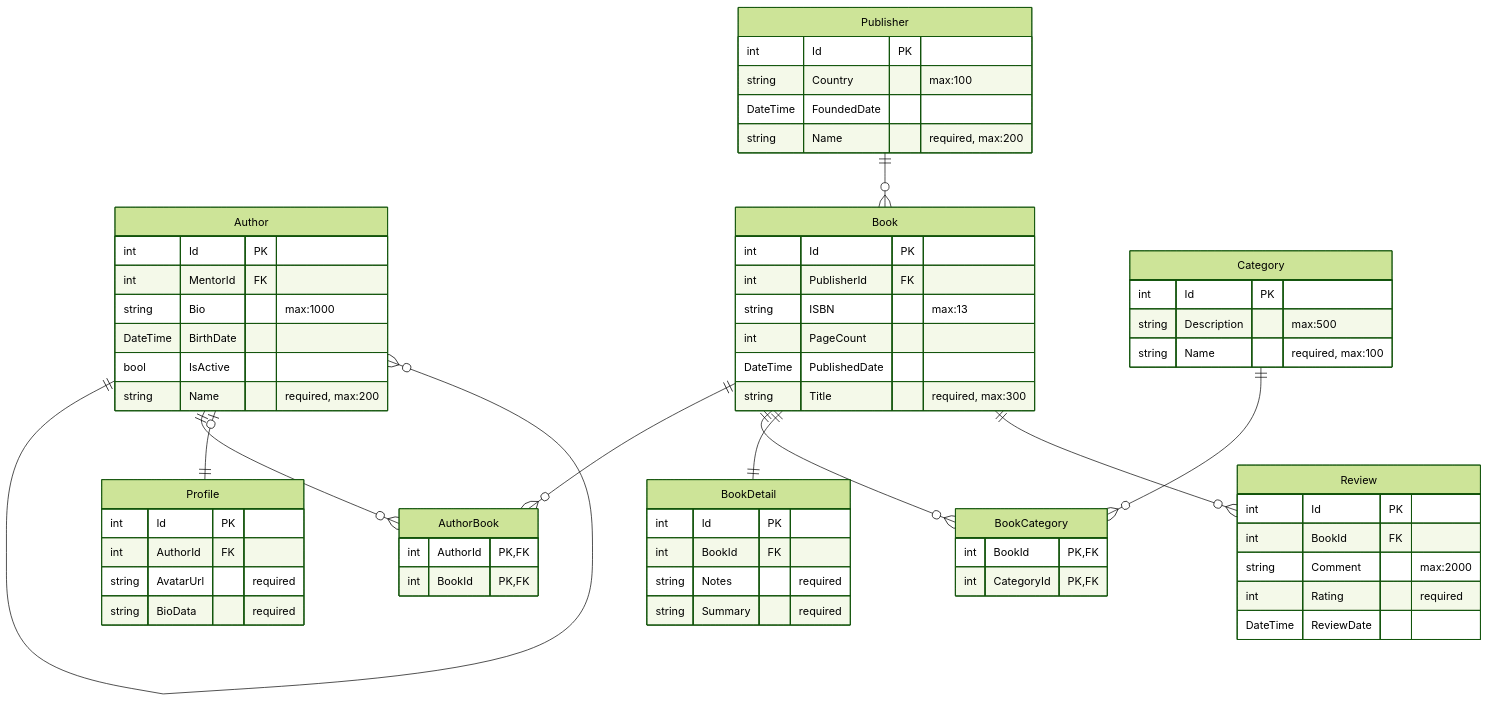
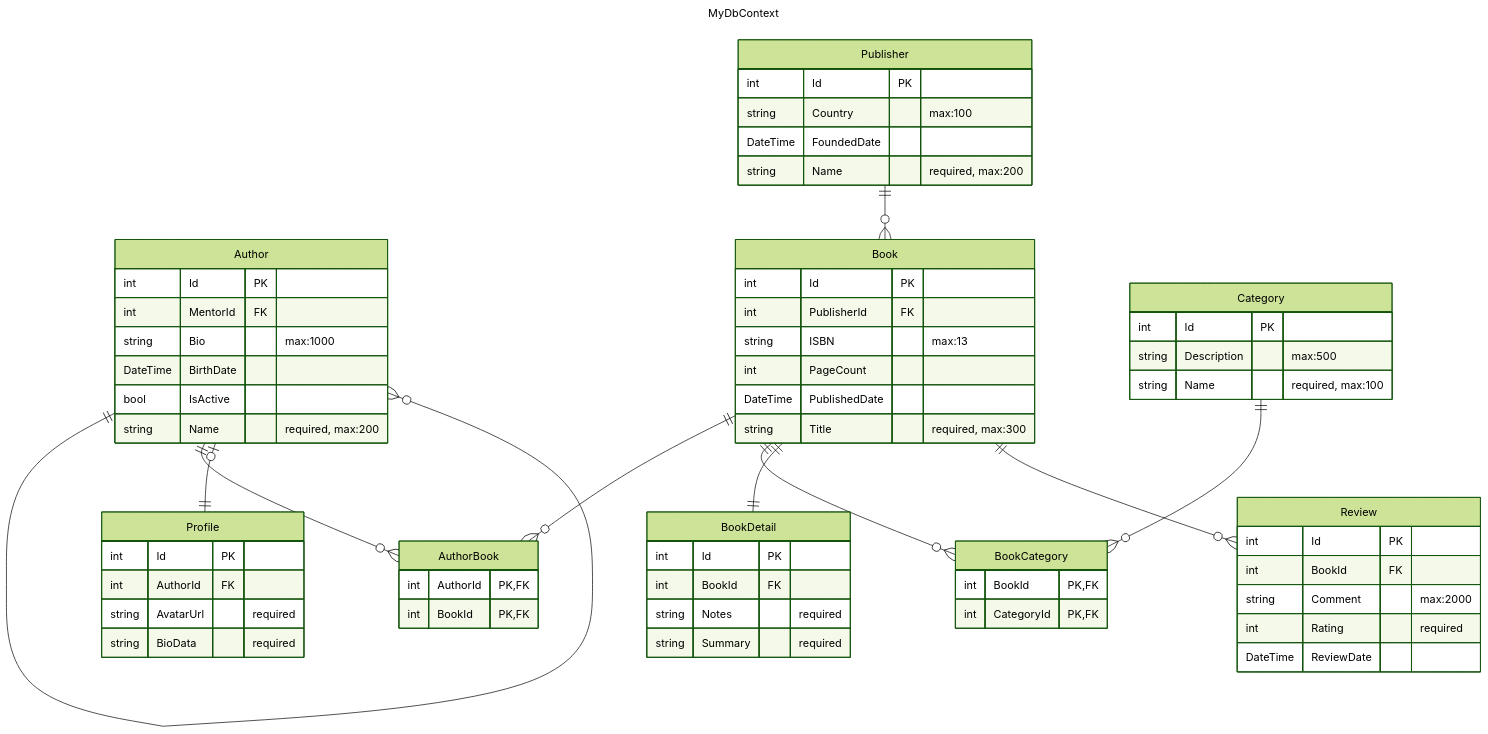
One commit to HandyS11/ProjGraph changed the diagram in samples/erd/simple-context/README.md. Above: the diagram before and after it, drawn with Mermaid (forest theme). The commit also changed 2 other files, not shown here.

Commit message:
refactor: enhance Mermaid diagram rendering by adding context title support

````diff
--- a/samples/erd/simple-context/README.md
+++ b/samples/erd/simple-context/README.md
@@ -43,66 +43,69 @@
 ```mermaid
+---
+title: MyDbContext
+---
 erDiagram
   Author {
     int Id PK
     int MentorId FK
     string Bio "max:1000"
     DateTime BirthDate
     bool IsActive
     string Name "required, max:200"
   }
   AuthorBook {
     int AuthorId PK,FK
     int BookId PK,FK
   }
   Book {
     int Id PK
     int PublisherId FK
     string ISBN "max:13"
     int PageCount
     DateTime PublishedDate
     string Title "required, max:300"
   }
   BookCategory {
     int BookId PK,FK
     int CategoryId PK,FK
   }
   BookDetail {
     int Id PK
     int BookId FK
     string Notes "required"
     string Summary "required"
   }
   Category {
     int Id PK
     string Description "max:500"
     string Name "required, max:100"
   }
   Profile {
     int Id PK
     int AuthorId FK
     string AvatarUrl "required"
     string BioData "required"
   }
   Publisher {
     int Id PK
     string Country "max:100"
     DateTime FoundedDate
     string Name "required, max:200"
   }
   Review {
     int Id PK
     int BookId FK
     string Comment "max:2000"
     int Rating "required"
     DateTime ReviewDate
   }
   Author ||--o{ Author : ""
   Author ||--o{ AuthorBook : ""
   Author |o--|| Profile : ""
   Book ||--o{ AuthorBook : ""
   Book ||--o{ BookCategory : ""
   Book ||--|| BookDetail : ""
   Book ||--o{ Review : ""
   Category ||--o{ BookCategory : ""
   Publisher ||--o{ Book : ""
 ```
````
